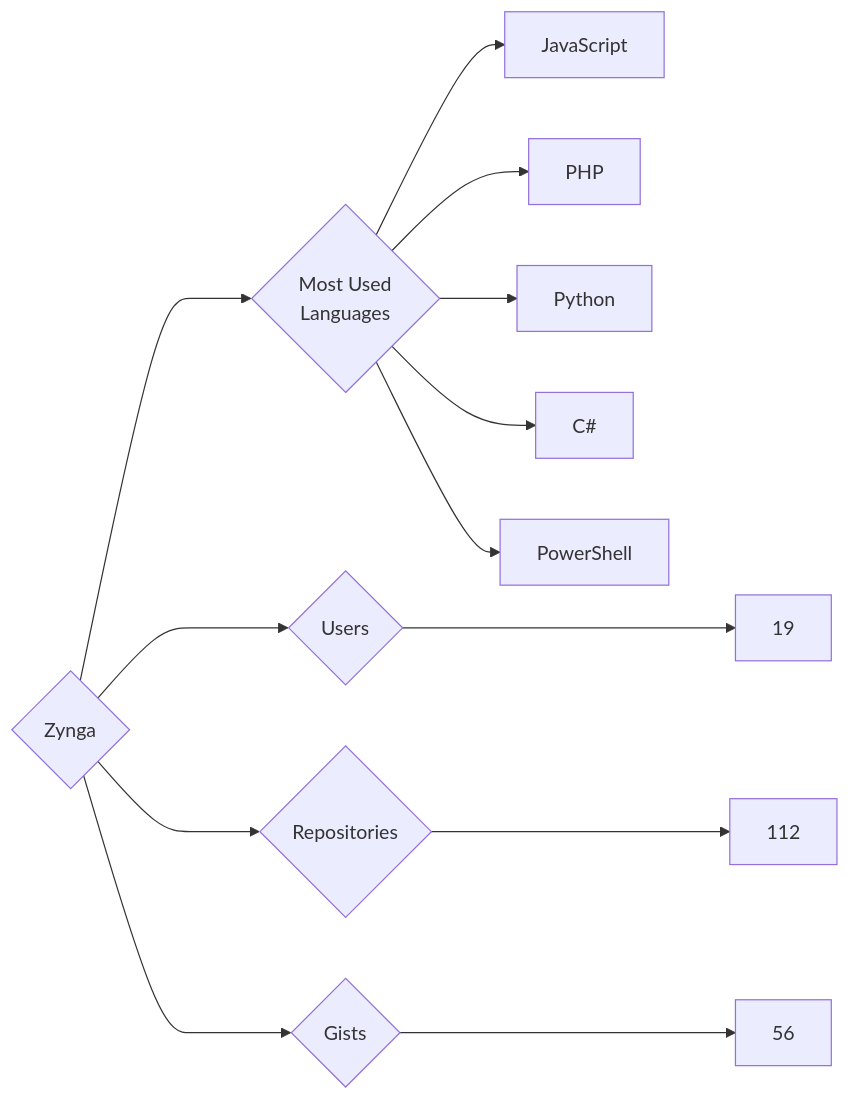
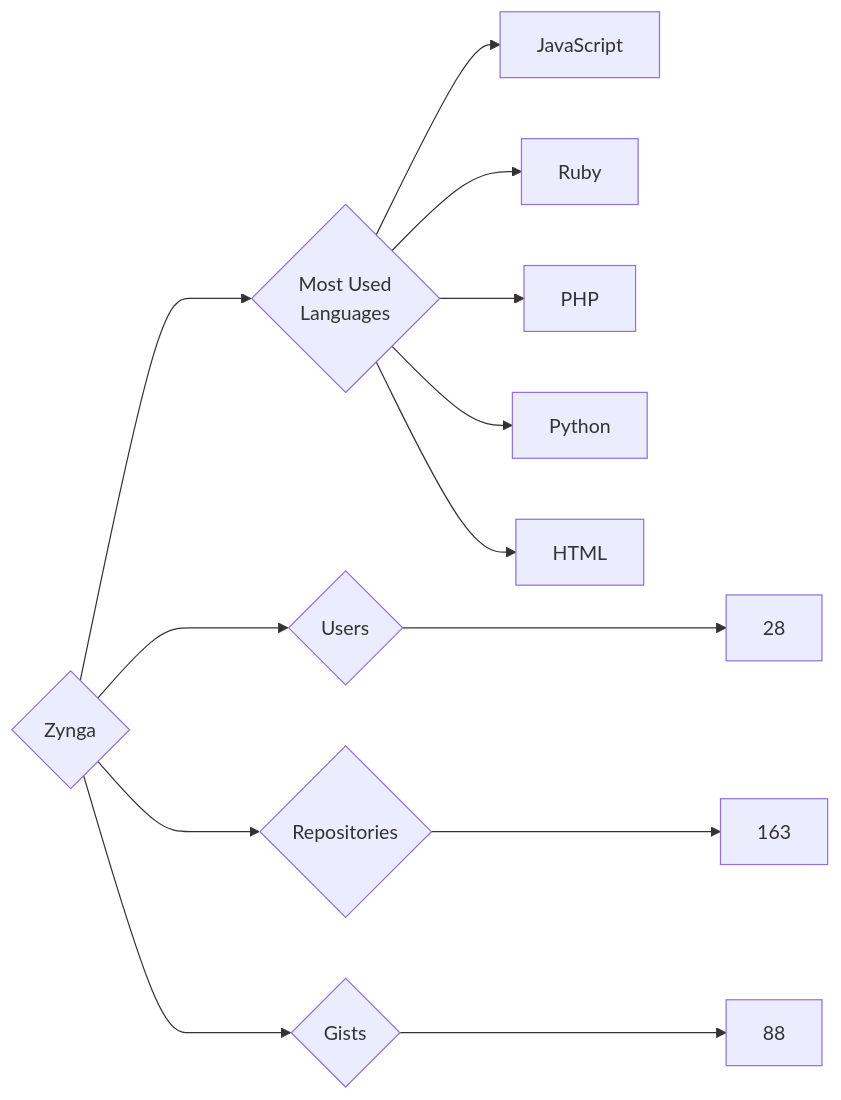
Before and after one commit to trickest/insiders: the diagram in targets/Zynga/README.md, drawn with Mermaid. The commit also changed 895 other files, not shown here.

````diff
--- a/targets/Zynga/README.md
+++ b/targets/Zynga/README.md
@@ -3,13 +3,13 @@
 ```mermaid
 graph LR
 COMPANY_NAME{Zynga}
-COMPANY_NAME ---> U{Users} ---> UN[19]
-COMPANY_NAME ---> R{Repositories} ---> RN[112]
-COMPANY_NAME ---> G{Gists} ---> GN[56]
+COMPANY_NAME ---> U{Users} ---> UN[28]
+COMPANY_NAME ---> R{Repositories} ---> RN[163]
+COMPANY_NAME ---> G{Gists} ---> GN[88]
 COMPANY_NAME ---> ML{Most Used<br>Languages}
 ML --> JavaScript[JavaScript]
+ML --> Ruby[Ruby]
 ML --> PHP[PHP]
 ML --> Python[Python]
-ML --> C#[C#]
-ML --> PowerShell[PowerShell]
+ML --> HTML[HTML]
 ```
````
